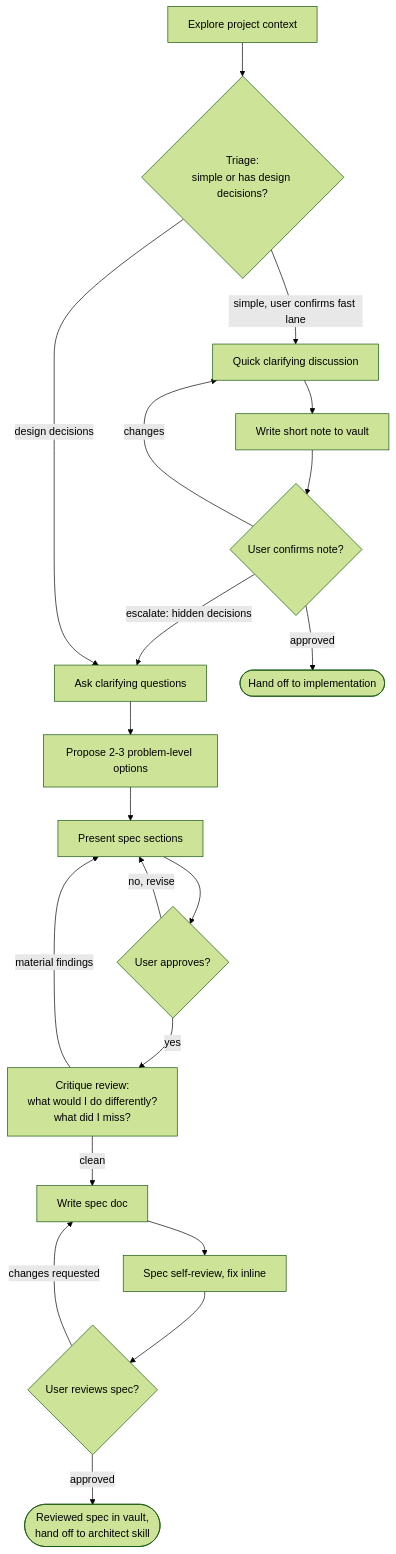
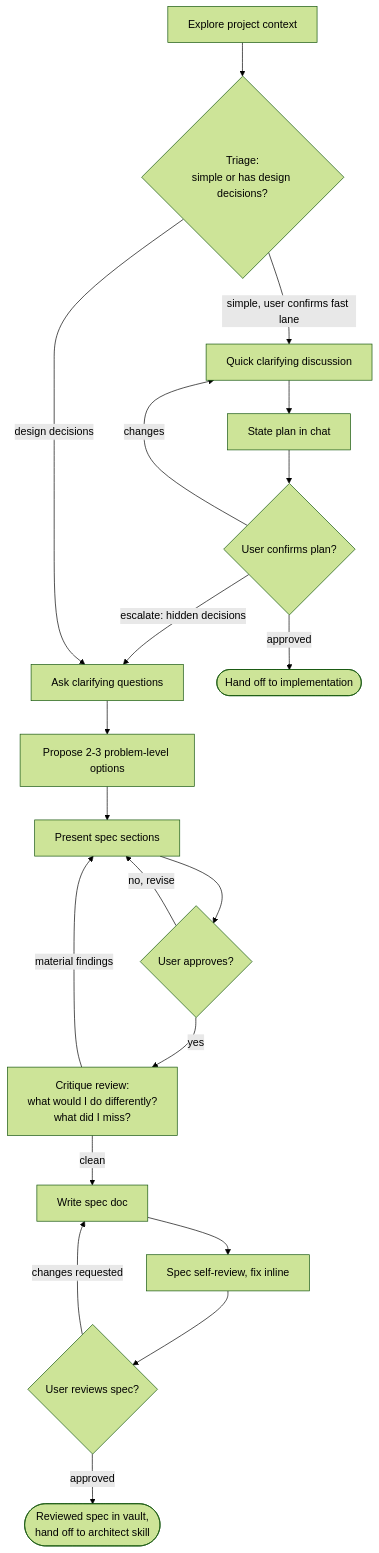
Before and after one commit to ycastorium/bionic-castor: the diagram in skills/brainstorming/SKILL.md, drawn with Mermaid (forest theme). The commit also changed other lines of this file, not shown here.

````diff
--- a/skills/brainstorming/SKILL.md
+++ b/skills/brainstorming/SKILL.md
@@ -76,22 +76,22 @@
 ```mermaid
 flowchart TD
     explore[Explore project context] --> triage{Triage:<br>simple or has design decisions?}
     triage -- simple, user confirms fast lane --> fastdiscuss[Quick clarifying discussion]
-    fastdiscuss --> note[Write short note to vault]
-    note --> noteok{User confirms note?}
-    noteok -- changes --> fastdiscuss
-    noteok -- escalate: hidden decisions --> questions
-    noteok -- approved --> impl([Hand off to implementation])
+    fastdiscuss --> plan[State plan in chat]
+    plan --> planok{User confirms plan?}
+    planok -- changes --> fastdiscuss
+    planok -- escalate: hidden decisions --> questions
+    planok -- approved --> impl([Hand off to implementation])
     triage -- design decisions --> questions[Ask clarifying questions]
     questions --> approaches[Propose 2-3 problem-level options]
     approaches --> present[Present spec sections]
     present --> approve{User approves?}
     approve -- no, revise --> present
     approve -- yes --> critique[Critique review:<br>what would I do differently?<br>what did I miss?]
     critique -- material findings --> present
     critique -- clean --> write[Write spec doc]
     write --> selfreview[Spec self-review, fix inline]
     selfreview --> specreview{User reviews spec?}
     specreview -- changes requested --> write
     specreview -- approved --> done([Reviewed spec in vault,<br>hand off to architect skill])
 ```
````
